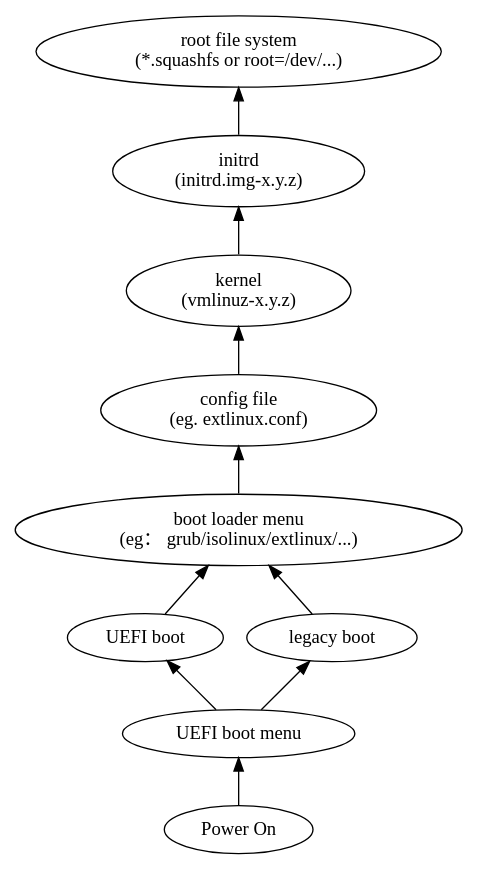
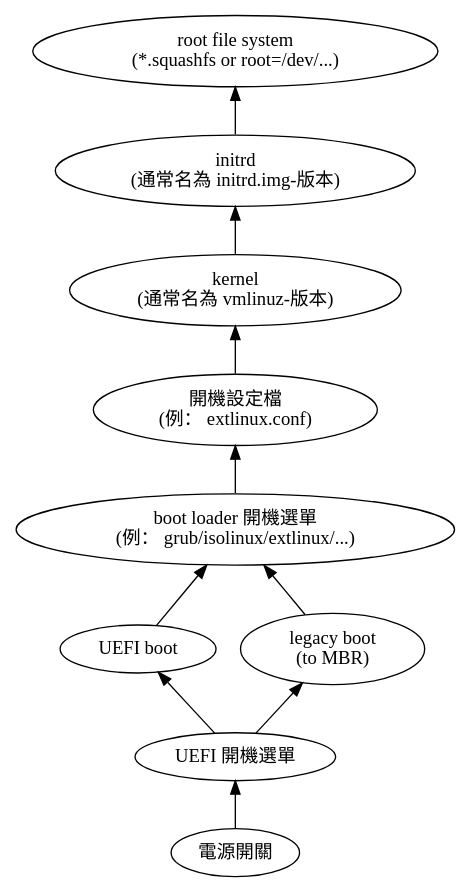
One commit to ckhung/ckhung.github.io changed the diagram in a/m/21/linux-boot.dot. Above: the diagram before and after it, drawn with Graphviz. The commit also changed 3 other files, not shown here.

```diff
--- a/a/m/21/linux-boot.dot
+++ b/a/m/21/linux-boot.dot
@@ -1,24 +1,18 @@
 digraph "linux 開機流程" {
 
     rankdir = BT;
     overlap = scale;
 
-//    power [ label="電源開關" ];
-    power [ label="Power On" ];
-//    UEFI_menu [ label="UEFI 開機選單" ];
-    UEFI_menu [ label="UEFI boot menu" ];
+    power [ label="電源開關" ];
+    UEFI_menu [ label="UEFI 開機選單" ];
     uefi_boot [ label="UEFI boot" ];
-    legacy_boot [ label="legacy boot" ];
-//    boot_loader [ label="boot loader 開機選單\n(例： grub/isolinux/extlinux/...)" ];
-    boot_loader [ label="boot loader menu\n(eg： grub/isolinux/extlinux/...)" ];
-//    config [ label="開機設定檔\n(例： extlinux.conf)" ];
-    config [ label="config file\n(eg. extlinux.conf)" ];
-//    kernel [ label="kernel\n(通常名為 vmlinuz-版本)" ];
-    kernel [ label="kernel\n(vmlinuz-x.y.z)" ];
-//    initrd [ label="initrd\n(通常名為 initrd.img-版本)" ];
-    initrd [ label="initrd\n(initrd.img-x.y.z)" ];
+    legacy_boot [ label="legacy boot\n(to MBR)" ];
+    boot_loader [ label="boot loader 開機選單\n(例： grub/isolinux/extlinux/...)" ];
+    config [ label="開機設定檔\n(例： extlinux.conf)" ];
+    kernel [ label="kernel\n(通常名為 vmlinuz-版本)" ];
+    initrd [ label="initrd\n(通常名為 initrd.img-版本)" ];
     rootfs [ label="root file system\n(*.squashfs or root=/dev/...)" ];
 
     power -> UEFI_menu -> { uefi_boot legacy_boot }
 	  -> boot_loader -> config -> kernel -> initrd -> rootfs;
 }
```
